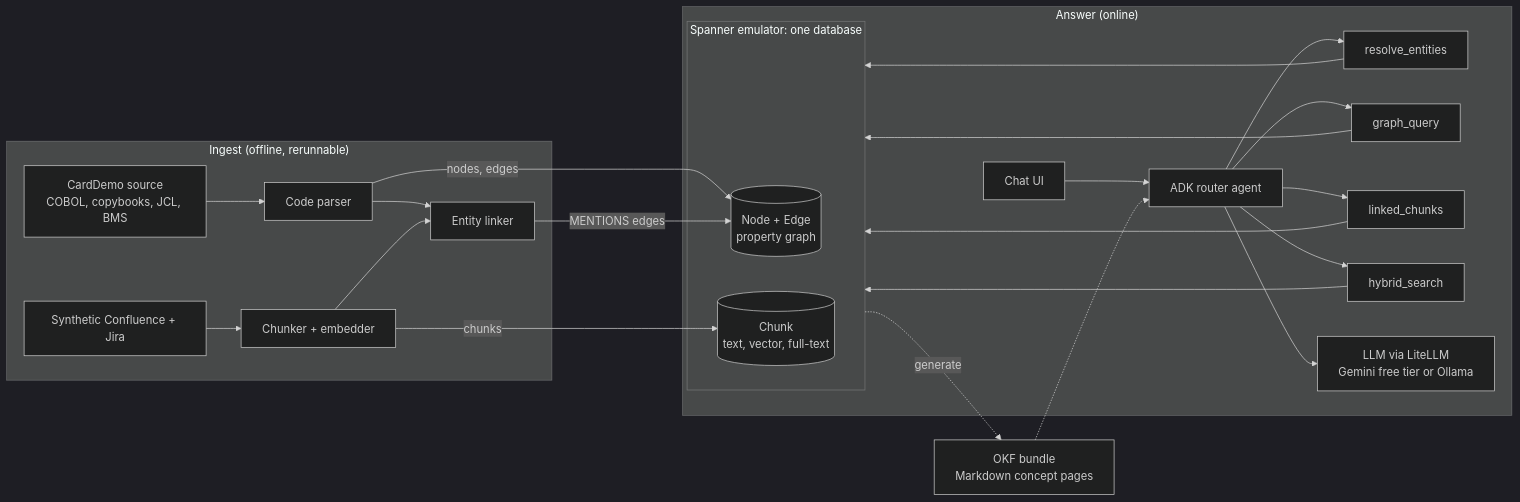
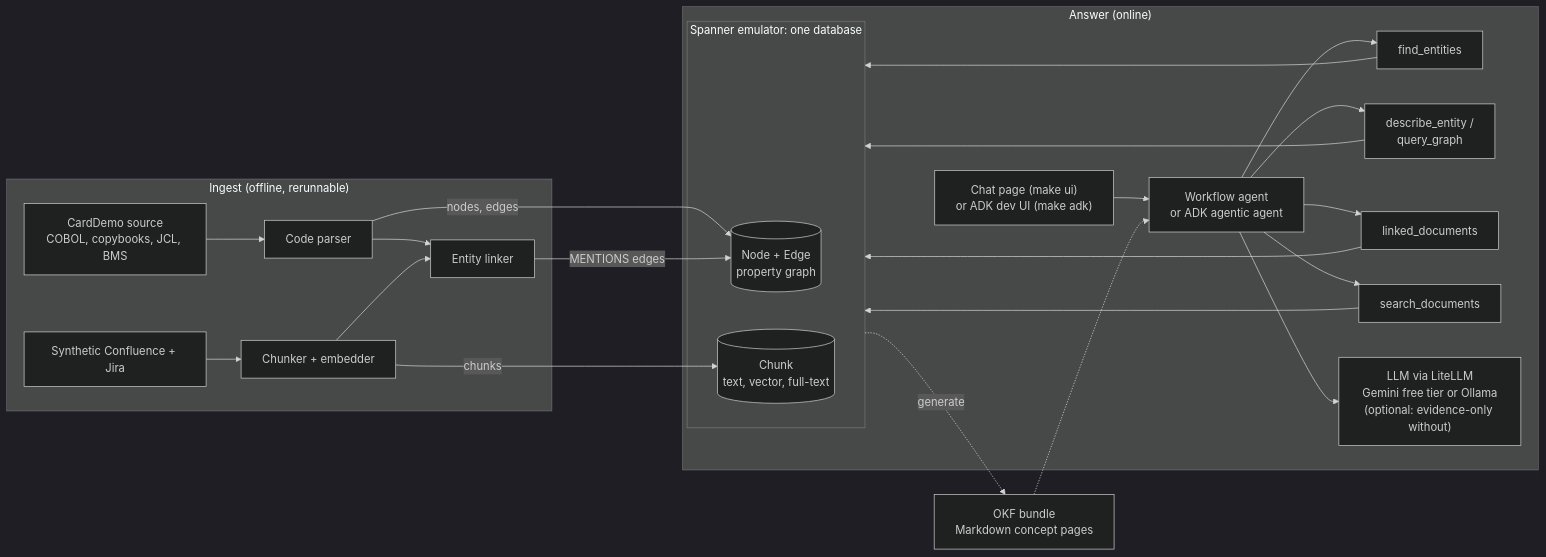
One commit to rishabsharma-ai/legacylens changed the first of 2 diagrams in docs/architecture.md. Above: the diagram before and after it, drawn with Mermaid (dark theme). The commit also changed other lines of this file and 312 other files, not shown here.

First line of the commit message:
Milestones 4-6: agents, OKF bundle, chat page, Db2/IMS/MQ edges

````diff
--- a/docs/architecture.md
+++ b/docs/architecture.md
@@ -13,24 +13,24 @@
 ```mermaid
 flowchart LR
   subgraph Ingest["Ingest (offline, rerunnable)"]
     COBOL["CardDemo source<br/>COBOL, copybooks, JCL, BMS"] --> Parser["Code parser"]
     Docs["Synthetic Confluence + Jira"] --> Chunker["Chunker + embedder"]
     Parser --> Linker
     Chunker --> Linker["Entity linker"]
   end
   subgraph Store["Spanner emulator: one database"]
     G[("Node + Edge<br/>property graph")]
     C[("Chunk<br/>text, vector, full-text")]
   end
   Parser -->|nodes, edges| G
   Chunker -->|chunks| C
   Linker -->|MENTIONS edges| G
   subgraph Serve["Answer (online)"]
-    UI["Chat UI"] --> Router["ADK router agent"]
-    Router --> T1["resolve_entities"] & T2["graph_query"] & T3["linked_chunks"] & T4["hybrid_search"]
+    UI["Chat page (make ui)<br/>or ADK dev UI (make adk)"] --> Router["Workflow agent<br/>or ADK agentic agent"]
+    Router --> T1["find_entities"] & T2["describe_entity /<br/>query_graph"] & T3["linked_documents"] & T4["search_documents"]
     T1 & T2 & T3 & T4 --> Store
-    Router --> LLM["LLM via LiteLLM<br/>Gemini free tier or Ollama"]
+    Router --> LLM["LLM via LiteLLM<br/>Gemini free tier or Ollama<br/>(optional: evidence-only without)"]
   end
   Store -. generate .-> OKF["OKF bundle<br/>Markdown concept pages"]
   OKF -.-> Router
 ```
````
